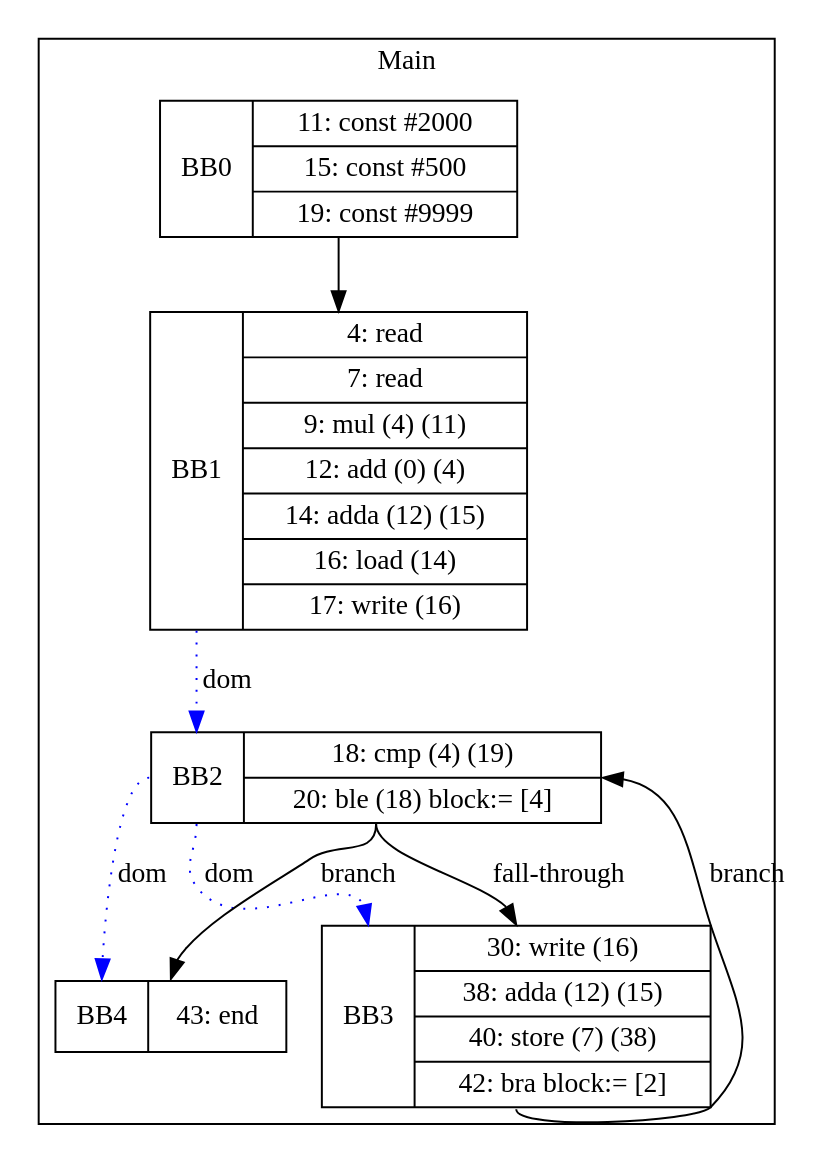
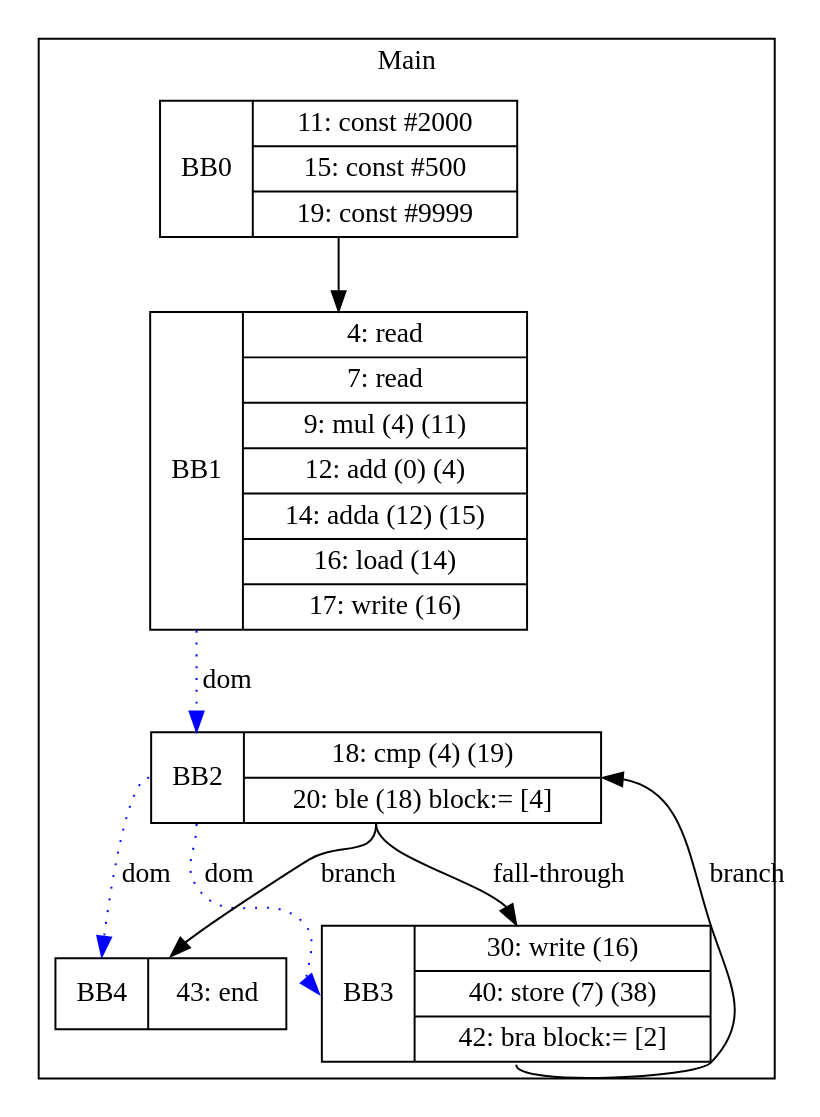
Before and after one commit to zjc664656505/UCI-CS241-Advanced-Compiler-main: the diagram in visualization/phillip/arrays/whileJoinKill.gv, drawn with Graphviz. The commit also changed 28 other files, not shown here.

```diff
--- a/visualization/phillip/arrays/whileJoinKill.gv
+++ b/visualization/phillip/arrays/whileJoinKill.gv
@@ -1,18 +1,18 @@
 digraph G {
 node [shape=record];
 subgraph cluster_main{
 label = "Main";
 BB0 [shape=record, label="<b>BB0|{11: const #2000|15: const #500|19: const #9999}"];
 BB1 [shape=record, label="<b>BB1|{4: read|7: read|9: mul (4) (11)|12: add (0) (4)|14: adda (12) (15)|16: load (14)|17: write (16)}"];
 BB2 [shape=record, label="<b>BB2|{18: cmp (4) (19)|20: ble (18) block:= [4]}"];
-BB3 [shape=record, label="<b>BB3|{30: write (16)|38: adda (12) (15)|40: store (7) (38)|42: bra block:= [2]}"];
+BB3 [shape=record, label="<b>BB3|{30: write (16)|40: store (7) (38)|42: bra block:= [2]}"];
 BB4 [shape=record, label="<b>BB4|{43: end}"];
 }
 BB0:s -> BB1:n ;
 BB2:b -> BB3:b [color=blue, style=dotted, label="dom"];
 BB2:b -> BB4:b [color=blue, style=dotted, label="dom"];
 BB1:b -> BB2:b [color=blue, style=dotted, label="dom"];
 BB2:s -> BB4:n [label="branch"];
 BB3:s -> BB2:e [label="branch"];
 BB2:s -> BB3:n [label="fall-through"];
 }
```
